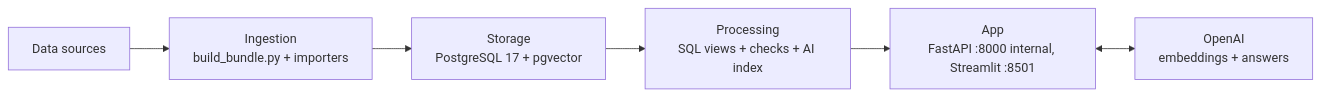
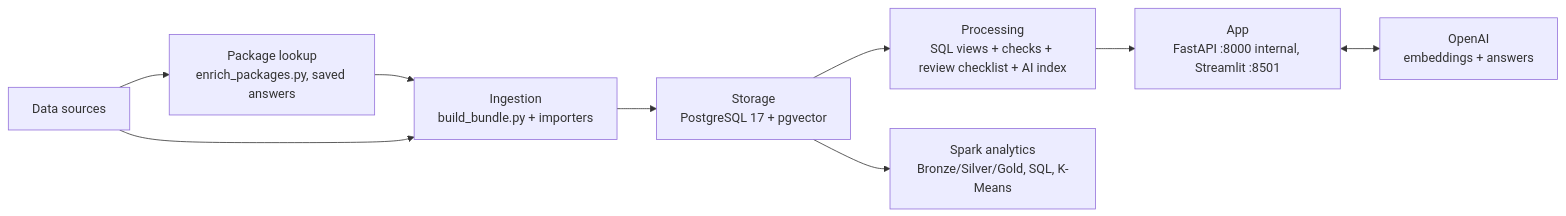
The fifth of 5 diagrams in docs/PROJECT_REPORT.md (vokebetu/MCP-Sentinel), drawn with Mermaid before and after one commit. The commit also changed other lines of this file and 43 other files, not shown here.

````diff
--- a/docs/PROJECT_REPORT.md
+++ b/docs/PROJECT_REPORT.md
@@ -431,8 +524,11 @@
 ```mermaid
 flowchart LR
-    A[Data sources] --> B[Ingestion<br/>build_bundle.py + importers]
+    A[Data sources] --> L[Package lookup<br/>enrich_packages.py, saved answers]
+    L --> B[Ingestion<br/>build_bundle.py + importers]
+    A --> B
     B --> C[Storage<br/>PostgreSQL 17 + pgvector]
-    C --> D[Processing<br/>SQL views + checks + AI index]
+    C --> D[Processing<br/>SQL views + checks + review checklist + AI index]
     D --> F[App<br/>FastAPI :8000 internal, Streamlit :8501]
     F <--> G[OpenAI<br/>embeddings + answers]
+    C --> S[Spark analytics<br/>Bronze/Silver/Gold, SQL, K-Means]
 ```
````
